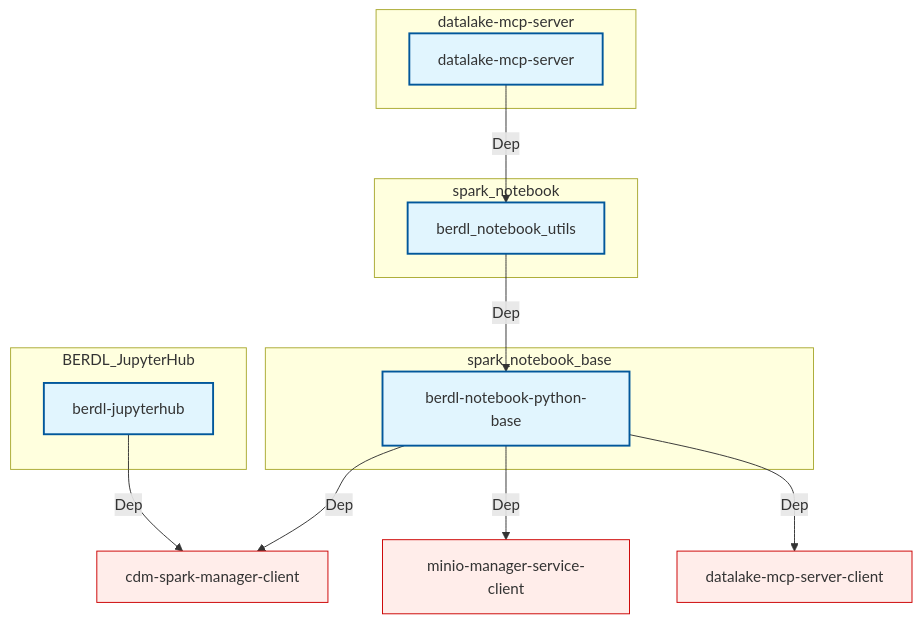
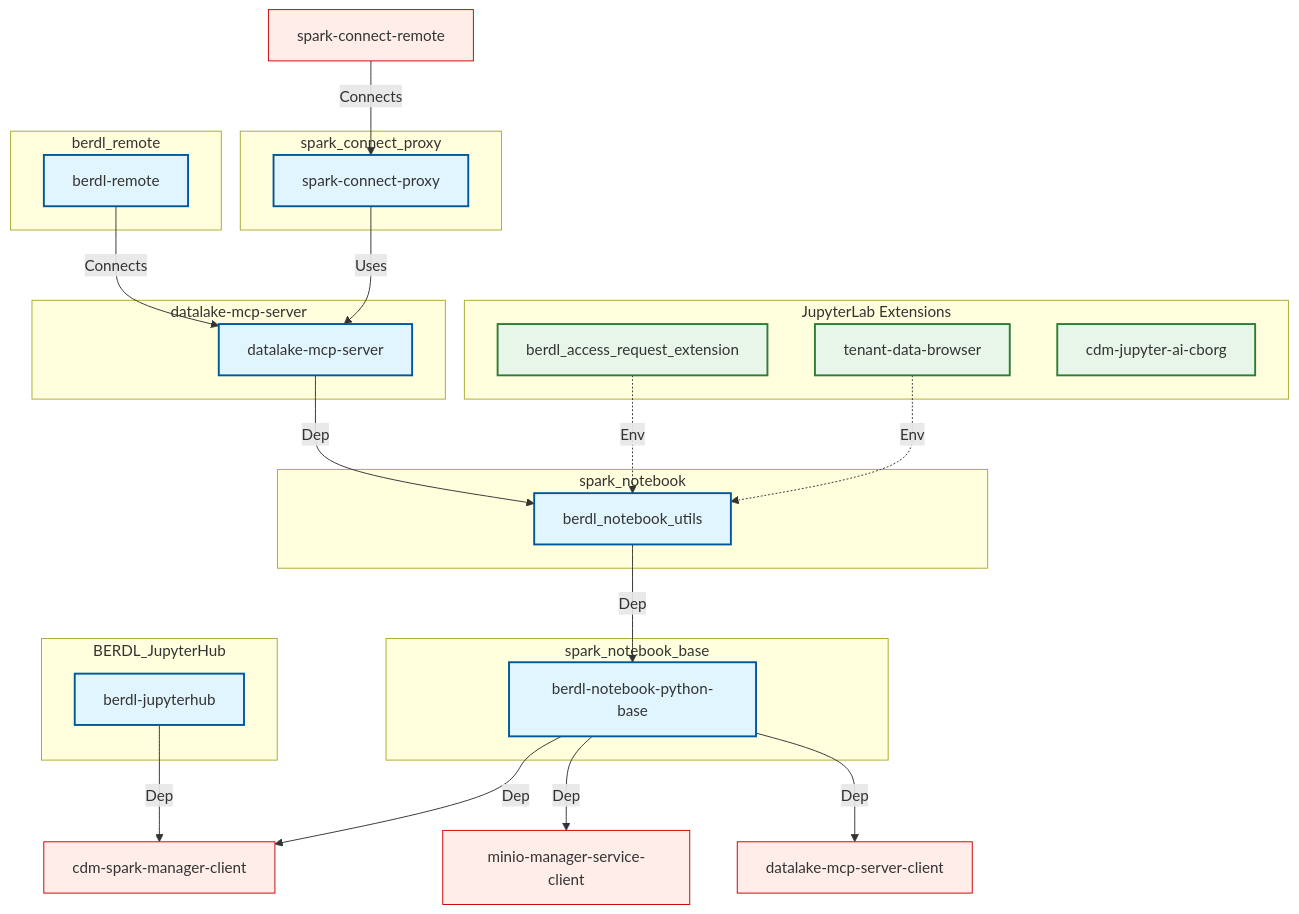
Before and after one commit to BERDataLakehouse/berdl_docs: the third of 3 diagrams in README.md, drawn with Mermaid. The commit also changed other lines of this file and 17 other files, not shown here.

````diff
--- a/README.md
+++ b/README.md
@@ -163,42 +168,68 @@
 ```mermaid
 graph TD
     %% Clients
     SMC[cdm-spark-manager-client]
     MMSC[minio-manager-service-client]
     MCPC[datalake-mcp-server-client]
+    SRC[spark-connect-remote]
     
     %% Base Package
     subgraph Base ["spark_notebook_base"]
         PNB[berdl-notebook-python-base]
     end
     
     %% Service Implementations
     subgraph NotebookUtils ["spark_notebook"]
         NU[berdl_notebook_utils]
     end
     
+    subgraph Extensions ["JupyterLab Extensions"]
+        ARE[berdl_access_request_extension]
+        TDB[tenant-data-browser]
+        CBA[cdm-jupyter-ai-cborg]
+    end
+    
     subgraph MCPServer ["datalake-mcp-server"]
         MCP[datalake-mcp-server]
     end
     
     subgraph JupyterHub ["BERDL_JupyterHub"]
         JH[berdl-jupyterhub]
+    end
+    
+    subgraph SparkRemote ["spark_connect_proxy"]
+        SPX[spark-connect-proxy]
+    end
+    
+    subgraph BERDLRemoteC ["berdl_remote"]
+        BRMC[berdl-remote]
     end
 
     %% Dependencies
     PNB -->|Dep| SMC
     PNB -->|Dep| MMSC
     PNB -->|Dep| MCPC
     
     NU -->|Dep| PNB
     MCP -->|Dep| NU
     
     JH -->|Dep| SMC
     
+    %% JupyterLab extensions depend on user environment
+    ARE -.->|Env| NU
+    TDB -.->|Env| NU
+    
+    %% SPX and SRC 
+    SPX -->|Uses| MCP
+    SRC -->|Connects| SPX
+    BRMC -->|Connects| MCP
+    
     %% Styling
     classDef client fill:#ffedea,stroke:#cc0000,stroke-width:1px;
     classDef pkg fill:#e1f5fe,stroke:#01579b,stroke-width:2px;
+    classDef ext fill:#e8f5e9,stroke:#2e7d32,stroke-width:2px;
     
-    class SMC,MMSC,MCPC client;
-    class PNB,NU,MCP,JH pkg;
+    class SMC,MMSC,MCPC,SRC client;
+    class PNB,NU,MCP,JH,SPX,BRMC pkg;
+    class ARE,TDB,CBA ext;
 ```
````
